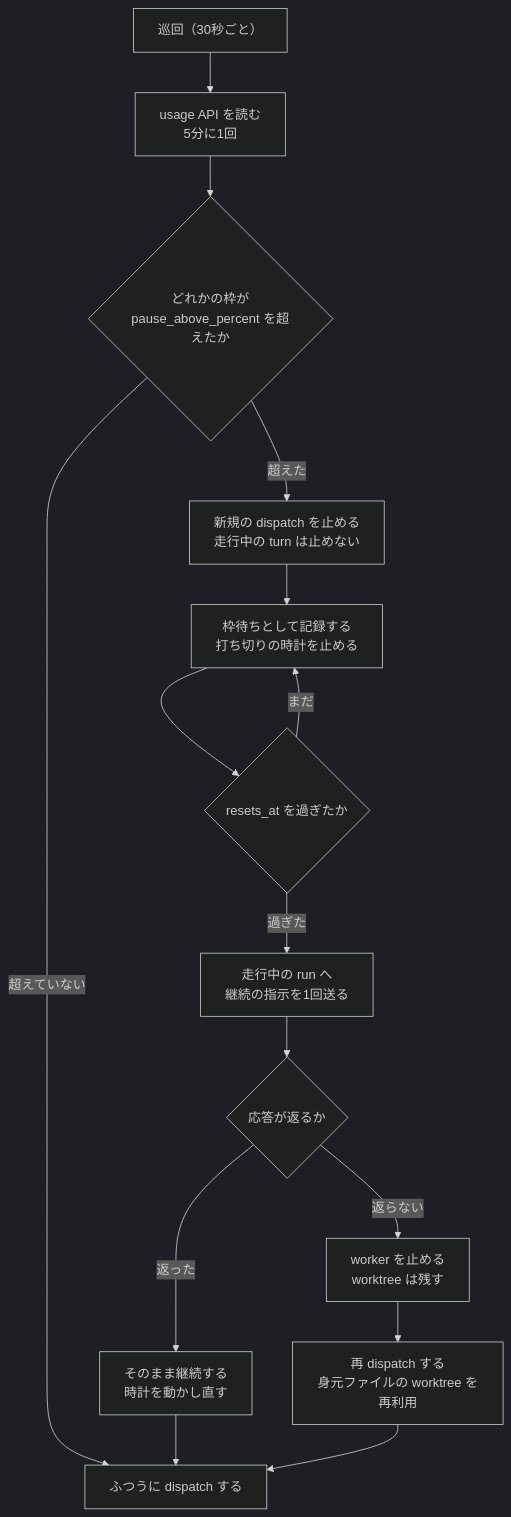
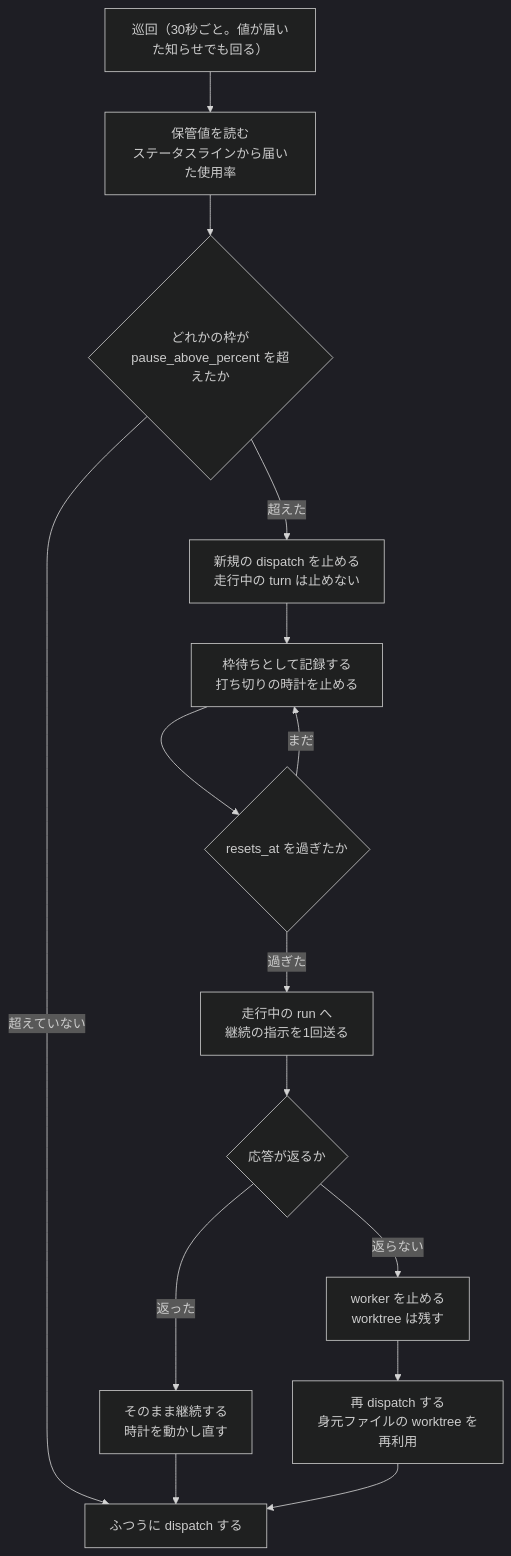
The fourth of 4 diagrams in docs/plans/continuo_design_slim.md (maimuzo/continuo), drawn with Mermaid (dark theme) before and after one commit. The commit also changed other lines of this file and 140 other files, not shown here.

First line of the commit message:
使用率の出どころを usage API からステータスラインへ移す 値が古いときは信頼済みの clone で statusline取得を開き、herdr の workspace の開け閉めを1本の loop に通す

````diff
--- a/docs/plans/continuo_design_slim.md
+++ b/docs/plans/continuo_design_slim.md
@@ -404,20 +404,20 @@
 ```mermaid
 flowchart TB
-    poll["巡回（30秒ごと）"] --> usage["usage API を読む<br/>5分に1回"]
+    poll["巡回（30秒ごと。値が届いた知らせでも回る）"] --> usage["保管値を読む<br/>ステータスラインから届いた使用率"]
     usage --> over{"どれかの枠が<br/>pause_above_percent を超えたか"}
     over -->|"超えた"| stop["新規の dispatch を止める<br/>走行中の turn は止めない"]
     over -->|"超えていない"| normal["ふつうに dispatch する"]
 
     stop --> waiting["枠待ちとして記録する<br/>打ち切りの時計を止める"]
     waiting --> reset{"resets_at を過ぎたか"}
     reset -->|"まだ"| waiting
     reset -->|"過ぎた"| probe["走行中の run へ<br/>継続の指示を1回送る"]
 
     probe --> resp{"応答が返るか"}
     resp -->|"返った"| resume["そのまま継続する<br/>時計を動かし直す"]
     resp -->|"返らない"| kill["worker を止める<br/>worktree は残す"]
     kill --> redispatch["再 dispatch する<br/>身元ファイルの worktree を再利用"]
 
     resume --> normal
     redispatch --> normal
 ```
````
